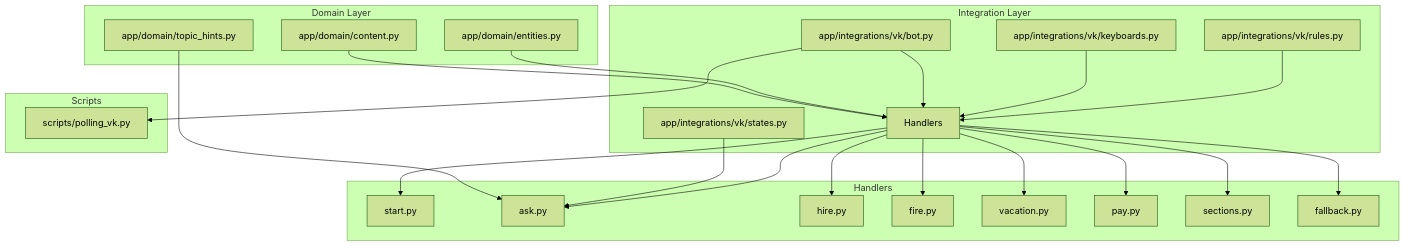
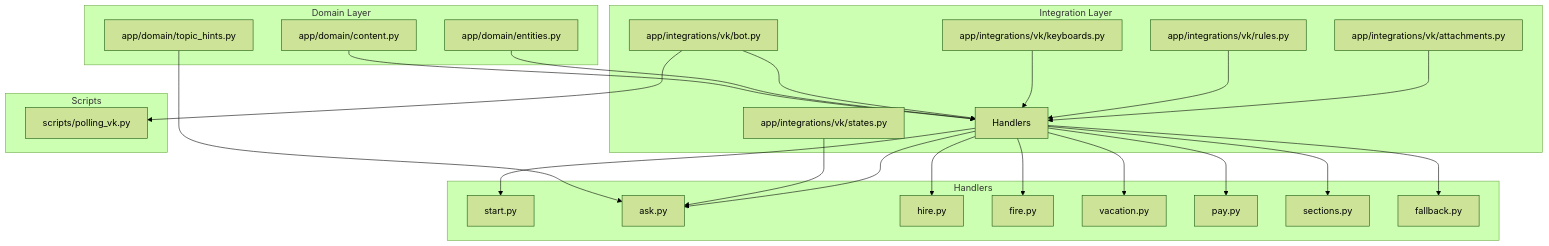
Before and after one commit to ognelis/cafetera_hr_bot: the first of 12 diagrams in .qoder/repowiki/en/content/VK Integration/Domain Content Management.md, drawn with Mermaid (forest theme). The commit also changed other lines of this file and 27 other files, not shown here.

````diff
--- a/.qoder/repowiki/en/content/VK Integration/Domain Content Management.md
+++ b/.qoder/repowiki/en/content/VK Integration/Domain Content Management.md
@@ -57,44 +61,46 @@
 ```mermaid
 graph TB
 subgraph "Domain Layer"
 CNT["app/domain/content.py"]
 ENT["app/domain/entities.py"]
 TH["app/domain/topic_hints.py"]
 end
 subgraph "Integration Layer"
 BOT["app/integrations/vk/bot.py"]
 HKY["app/integrations/vk/keyboards.py"]
 STT["app/integrations/vk/states.py"]
 RUL["app/integrations/vk/rules.py"]
+ATT["app/integrations/vk/attachments.py"]
 HND["Handlers"]
 end
 subgraph "Handlers"
 HSTART["start.py"]
 HASK["ask.py"]
 HHIRE["hire.py"]
 HFIRE["fire.py"]
 HVACA["vacation.py"]
 HPAY["pay.py"]
 HSECT["sections.py"]
 HFALL["fallback.py"]
 end
 subgraph "Scripts"
 POLL["scripts/polling_vk.py"]
 end
 CNT --> HND
 ENT --> HND
 TH --> HASK
 BOT --> HND
 HKY --> HND
 STT --> HASK
 RUL --> HND
+ATT --> HND
 HND --> HSTART
 HND --> HASK
 HND --> HHIRE
 HND --> HFIRE
 HND --> HVACA
 HND --> HPAY
 HND --> HSECT
 HND --> HFALL
 BOT --> POLL
 ```
````
